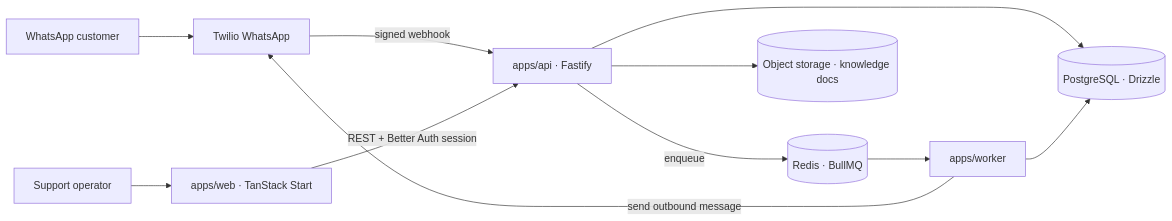
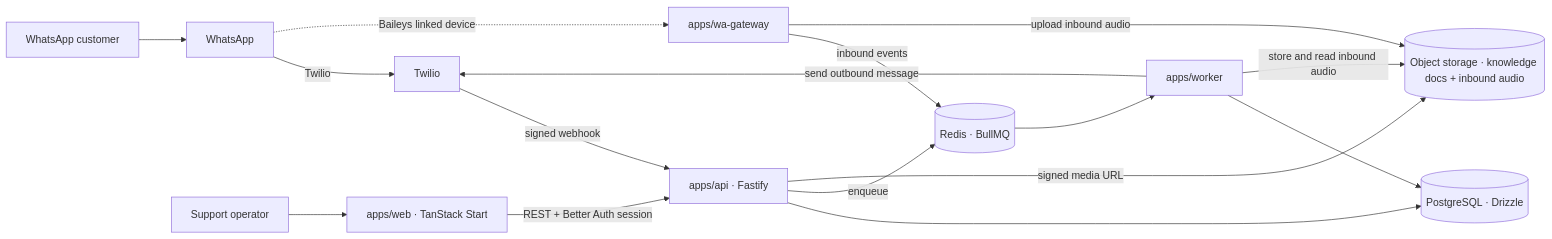
The diagram in docs/architecture.md (marcioecom/echo), drawn with Mermaid before and after one commit. The commit also changed other lines of this file and 60 other files, not shown here.

First line of the commit message:
feat(audio): transcribe inbound voice messages end to end

````diff
--- a/docs/architecture.md
+++ b/docs/architecture.md
@@ -7,13 +7,18 @@
 ```mermaid
 flowchart LR
-    Customer[WhatsApp customer] --> Twilio[Twilio WhatsApp]
+    Customer[WhatsApp customer] --> WhatsApp[WhatsApp]
+    WhatsApp -->|Twilio| Twilio[Twilio]
+    WhatsApp -.->|Baileys linked device| Gateway[apps/wa-gateway]
     Twilio -->|signed webhook| API[apps/api · Fastify]
     Operator[Support operator] --> Web[apps/web · TanStack Start]
     Web -->|REST + Better Auth session| API
     API --> Postgres[(PostgreSQL · Drizzle)]
     API -->|enqueue| Redis[(Redis · BullMQ)]
+    API -->|signed media URL| ObjectStorage[(Object storage · knowledge docs + inbound audio)]
     Redis --> Worker[apps/worker]
     Worker --> Postgres
     Worker -->|send outbound message| Twilio
-    API --> ObjectStorage[(Object storage · knowledge docs)]
+    Worker -->|store and read inbound audio| ObjectStorage
+    Gateway -->|inbound events| Redis
+    Gateway -->|upload inbound audio| ObjectStorage
 ```
````
